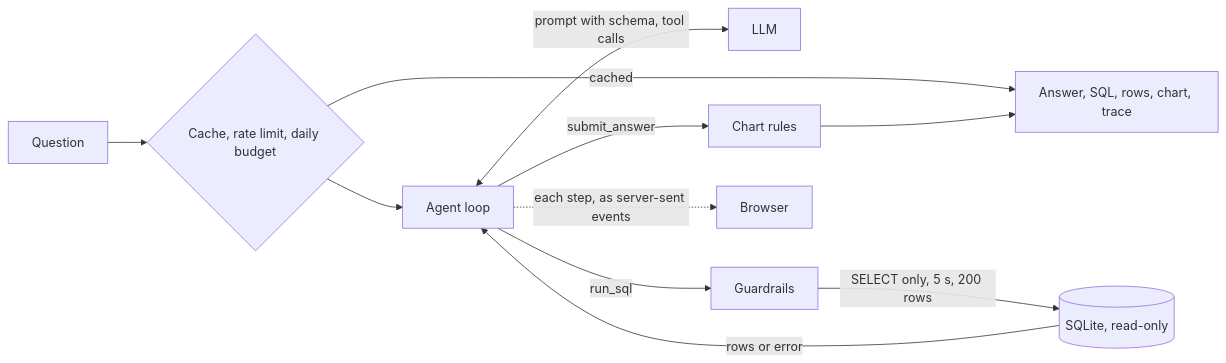
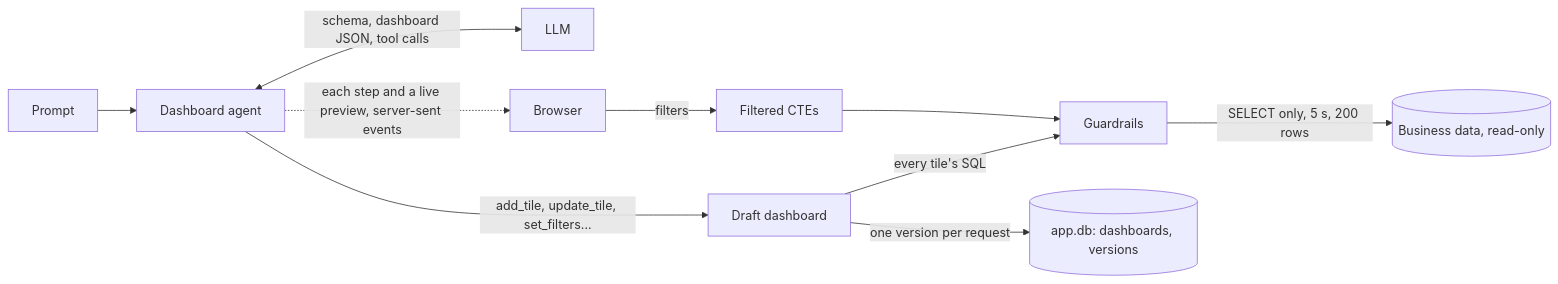
Before and after one commit to ali-chamas/olist-sql-agent: the diagram in README.md, drawn with Mermaid. The commit also changed other lines of this file and 14 other files, not shown here.

First line of the commit message:
Evaluate the dashboard agent; README and DESIGN for the new product

````diff
--- a/README.md
+++ b/README.md
@@ -19,13 +18,11 @@
 ```mermaid
 flowchart LR
-    Q[Question] --> C{Cache, rate limit, daily budget}
-    C -->|cached| R
-    C --> A[Agent loop]
-    A <-->|prompt with schema, tool calls| L[LLM]
-    A -->|run_sql| G[Guardrails]
-    G -->|SELECT only, 5 s, 200 rows| D[(SQLite, read-only)]
-    D -->|rows or error| A
-    A -->|submit_answer| P[Chart rules]
-    P --> R[Answer, SQL, rows, chart, trace]
-    A -.->|each step, as server-sent events| UI[Browser]
+    P[Prompt] --> AG[Dashboard agent]
+    AG <-->|schema, dashboard JSON, tool calls| L[LLM]
+    AG -->|add_tile, update_tile, set_filters...| D[Draft dashboard]
+    D -->|every tile's SQL| G[Guardrails]
+    G -->|SELECT only, 5 s, 200 rows| R[(Business data, read-only)]
+    AG -.->|each step and a live preview, server-sent events| UI[Browser]
+    D -->|one version per request| W[(app.db: dashboards, versions)]
+    UI -->|filters| F[Filtered CTEs] --> G
 ```
````
